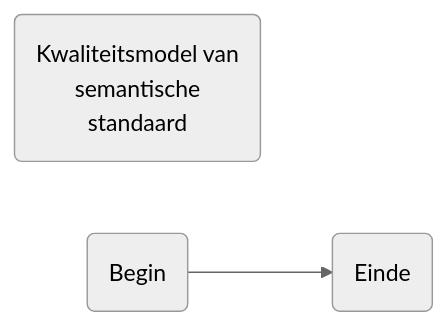
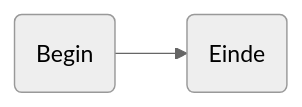
One commit to Logius-standaarden/ReSpec-template changed the diagram in ch02.md. Above: the diagram before and after it, drawn with Mermaid (neutral theme).

Commit message:
Update ch02.md
nu dan

````diff
--- a/ch02.md
+++ b/ch02.md
@@ -13,7 +13,6 @@
 ```mermaid
 graph LR;
-    kwaliteit(Kwaliteitsmodel van<br>semantische<br>standaard);
     begin(Begin);
     einde(Einde);
     begin-->einde;
 ```
````
